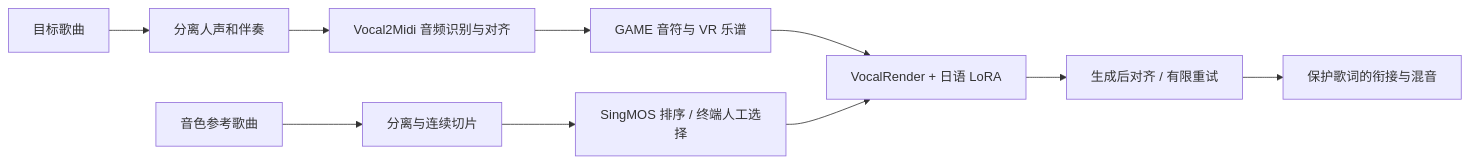
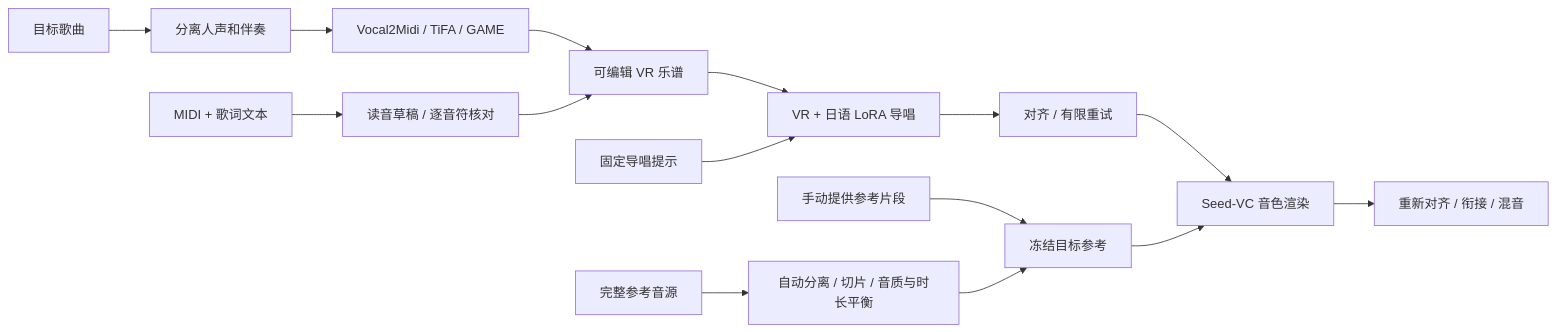
One commit to zzzsl0815/UtaWeave changed the diagram in README.md. Above: the diagram before and after it, drawn with Mermaid. The commit also changed other lines of this file and 74 other files, not shown here.

Commit message:
Release native VR + Seed pipeline with MIDI and song workflow UI

````diff
--- a/README.md
+++ b/README.md
@@ -7,12 +7,17 @@
 ```mermaid
 flowchart LR
     A[目标歌曲] --> B[分离人声和伴奏]
-    B --> C[Vocal2Midi 音频识别与对齐]
-    C --> D[GAME 音符与 VR 乐谱]
-    R[音色参考歌曲] --> S[分离与连续切片]
-    S --> T[SingMOS 排序 / 终端人工选择]
-    D --> E[VocalRender + 日语 LoRA]
-    T --> E
-    E --> F[生成后对齐 / 有限重试]
-    F --> G[保护歌词的衔接与混音]
+    B --> C[Vocal2Midi / TiFA / GAME]
+    C --> D[可编辑 VR 乐谱]
+    I[MIDI + 歌词文本] --> J[读音草稿 / 逐音符核对]
+    J --> D
+    D --> E[VR + 日语 LoRA 导唱]
+    P[固定导唱提示] --> E
+    E --> F[对齐 / 有限重试]
+    R[完整参考音源] --> S[自动分离 / 切片 / 音质与时长平衡]
+    M[手动提供参考片段] --> T[冻结目标参考]
+    S --> T
+    F --> V[Seed-VC 音色渲染]
+    T --> V
+    V --> G[重新对齐 / 衔接 / 混音]
 ```
````
